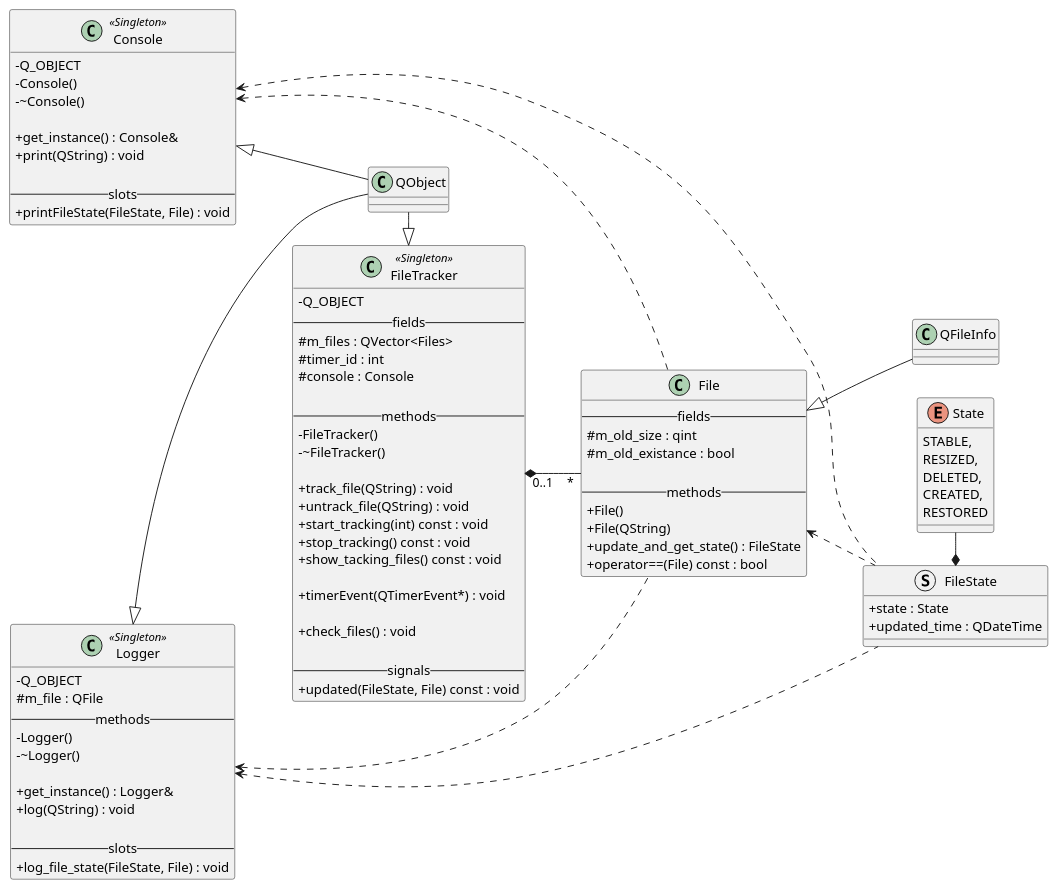
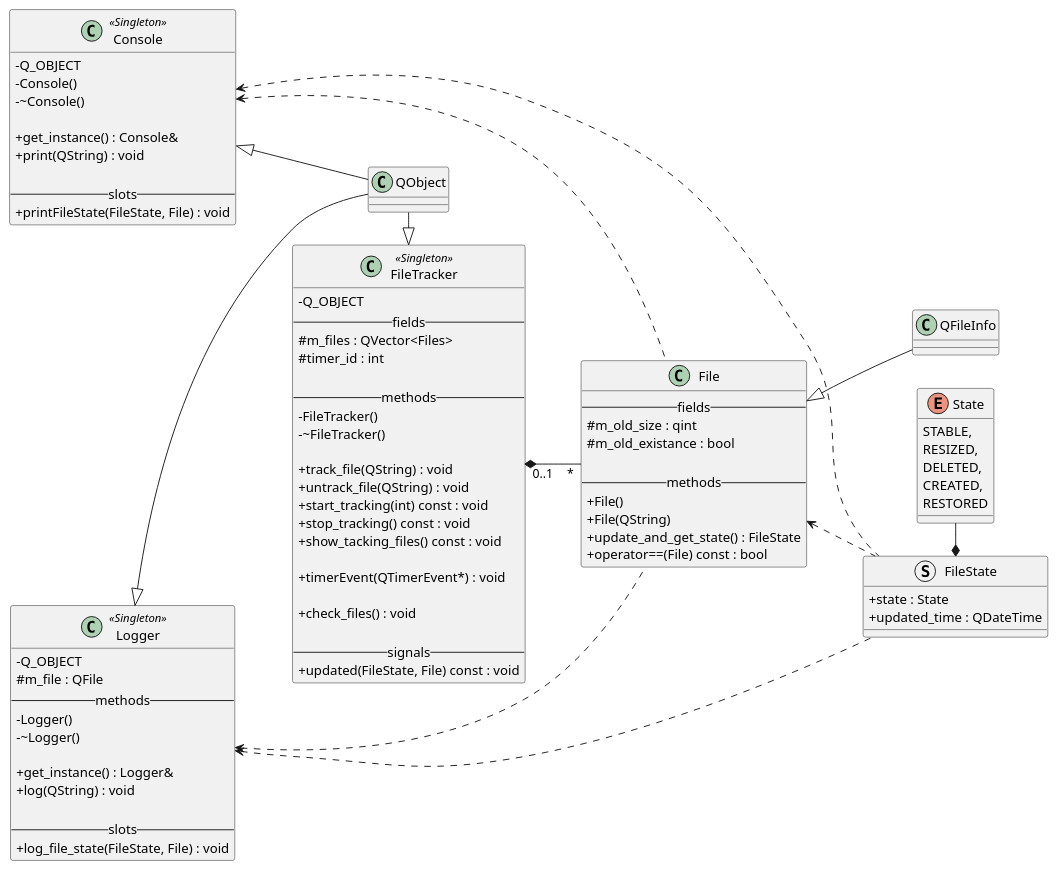
Before and after one commit to insert-zkm/QTConsoleFileManager: the diagram in UML/instance.puml, drawn with PlantUML.

Commit message:
class removed Console field from FileTracker

```diff
--- a/UML/instance.puml
+++ b/UML/instance.puml
@@ -1,99 +1,98 @@
 @startuml
 skinparam classAttributeIconSize 0
 left to right direction
 
 class QFileInfo {}
 class QObject {}
 
 class Console <<Singleton>> {
     - Q_OBJECT
     - Console()
     - ~Console()
 
     + get_instance() : Console&
     + print(QString) : void
 
     -- slots --
     + printFileState(FileState, File) : void
 }
 
 class Logger <<Singleton>> {
     - Q_OBJECT
     # m_file : QFile
     -- methods --
     - Logger()
     - ~Logger()
 
     + get_instance() : Logger&
     + log(QString) : void
 
     -- slots --
     +log_file_state(FileState, File) : void
 }
 
 class File {
     -- fields --
     # m_old_size : qint
     # m_old_existance : bool
 
     -- methods --
     + File()
     + File(QString)
     + update_and_get_state() : FileState
     + operator==(File) const : bool
 }
 
 class FileTracker <<Singleton>> {
     - Q_OBJECT
     -- fields --
     # m_files : QVector<Files>
     # timer_id : int
-    # console : Console
 
     -- methods --
     - FileTracker()
     - ~FileTracker()
 
     + track_file(QString) : void
     + untrack_file(QString) : void
     + start_tracking(int) const : void
     + stop_tracking() const : void
     + show_tacking_files() const : void
 
     + timerEvent(QTimerEvent*) : void
 
     + check_files() : void
 
     -- signals --
     + updated(FileState, File) const : void
 }
 
 enum State {
     STABLE,
     RESIZED,
     DELETED,
     CREATED,
     RESTORED
 }
 
 struct FileState {
     + state : State
     + updated_time : QDateTime
 }
 
 FileTracker "0..1" *-- "*" File
 
 Logger <.. File
 Logger <.. FileState
 
 Console <.. File
 Console <.. FileState
 
 FileState *-left- State
 File <.. FileState
 
 File <|-- QFileInfo
 FileTracker <|-left- QObject
 Console <|-- QObject
 Logger <|-- QObject
 @enduml
```
